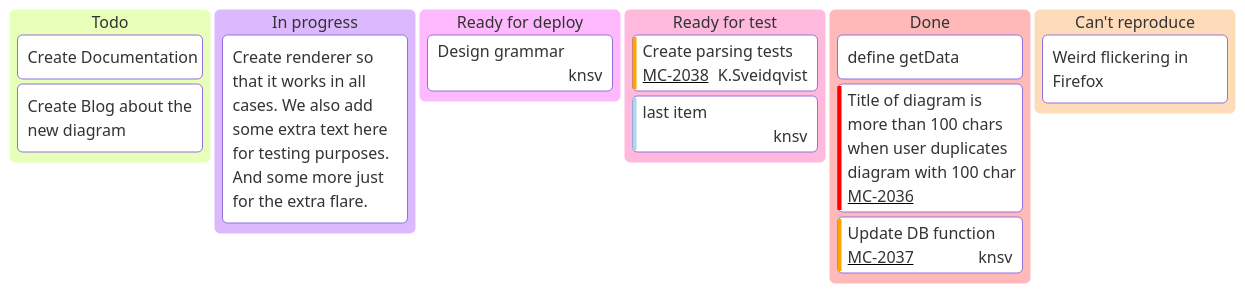
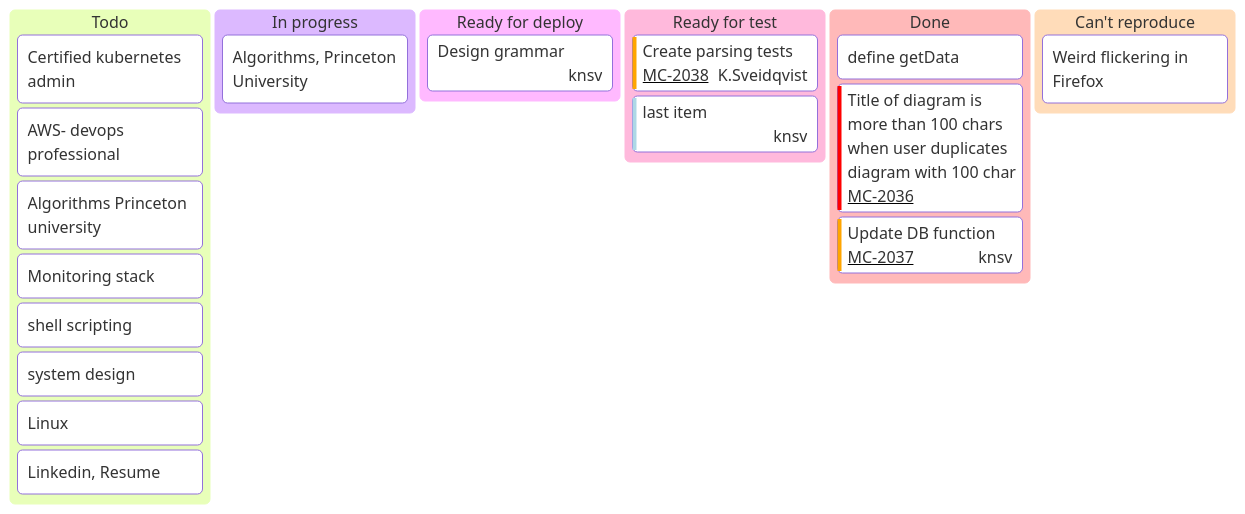
Before and after one commit to Navdeep-Singh-Ghotra/ignite: the diagram in README.md, drawn with Mermaid.

Commit message:
adding mermaid template

````diff
--- a/README.md
+++ b/README.md
@@ -1,26 +1,32 @@
 ```mermaid
 ---
 config:
   kanban:
     ticketBaseUrl: 'https://mermaidchart.atlassian.net/browse/#TICKET#'
 ---
 kanban
   Todo
-    [Create Documentation]
-    docs[Create Blog about the new diagram]
+    [Certified kubernetes admin]
+    docs[AWS- devops professional]
+    [Algorithms Princeton university]
+    [Monitoring stack]
+    [shell scripting]
+    [system design]
+    [Linux]
+    [Linkedin, Resume]
   [In progress]
-    id6[Create renderer so that it works in all cases. We also add some extra text here for testing purposes. And some more just for the extra flare.]
+    id6[Algorithms, Princeton University]
   id9[Ready for deploy]
     id8[Design grammar]@{ assigned: 'knsv' }
   id10[Ready for test]
     id4[Create parsing tests]@{ ticket: MC-2038, assigned: 'K.Sveidqvist', priority: 'High' }
     id66[last item]@{ priority: 'Very Low', assigned: 'knsv' }
   id11[Done]
     id5[define getData]
     id2[Title of diagram is more than 100 chars when user duplicates diagram with 100 char]@{ ticket: MC-2036, priority: 'Very High'}
     id3[Update DB function]@{ ticket: MC-2037, assigned: knsv, priority: 'High' }
 
   id12[Can't reproduce]
     id3[Weird flickering in Firefox]
 
 ```
````
